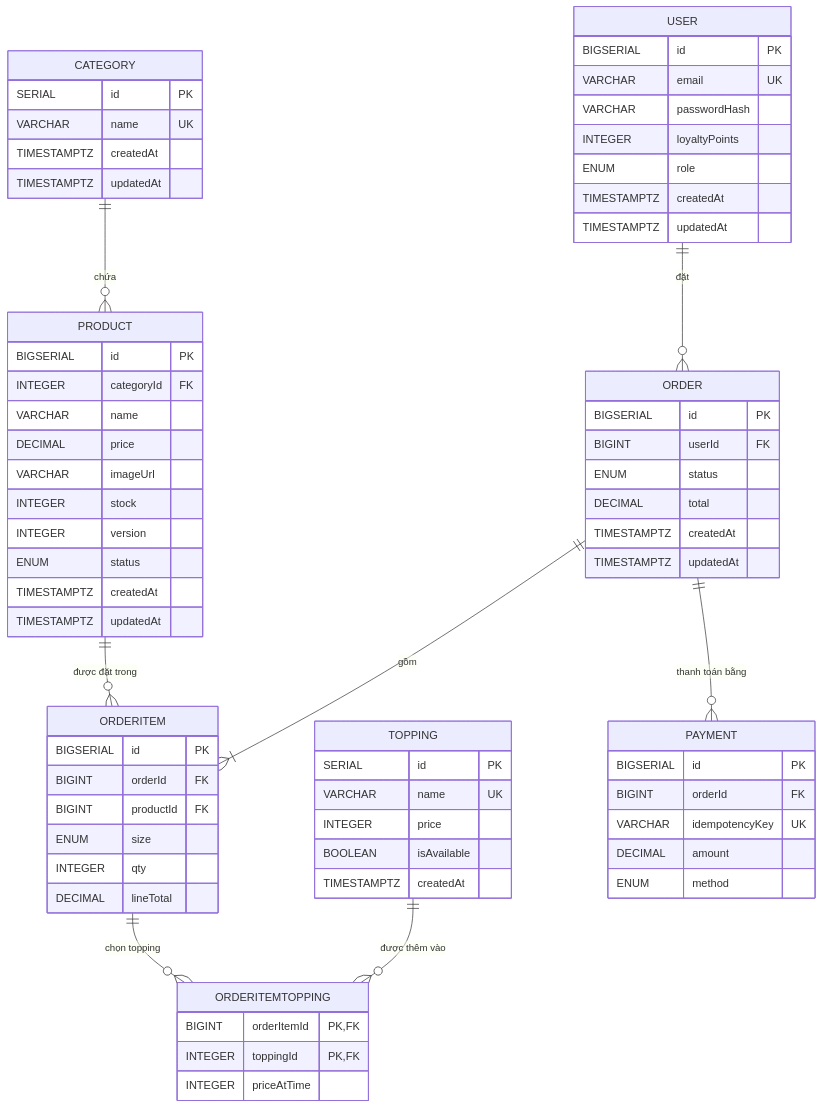
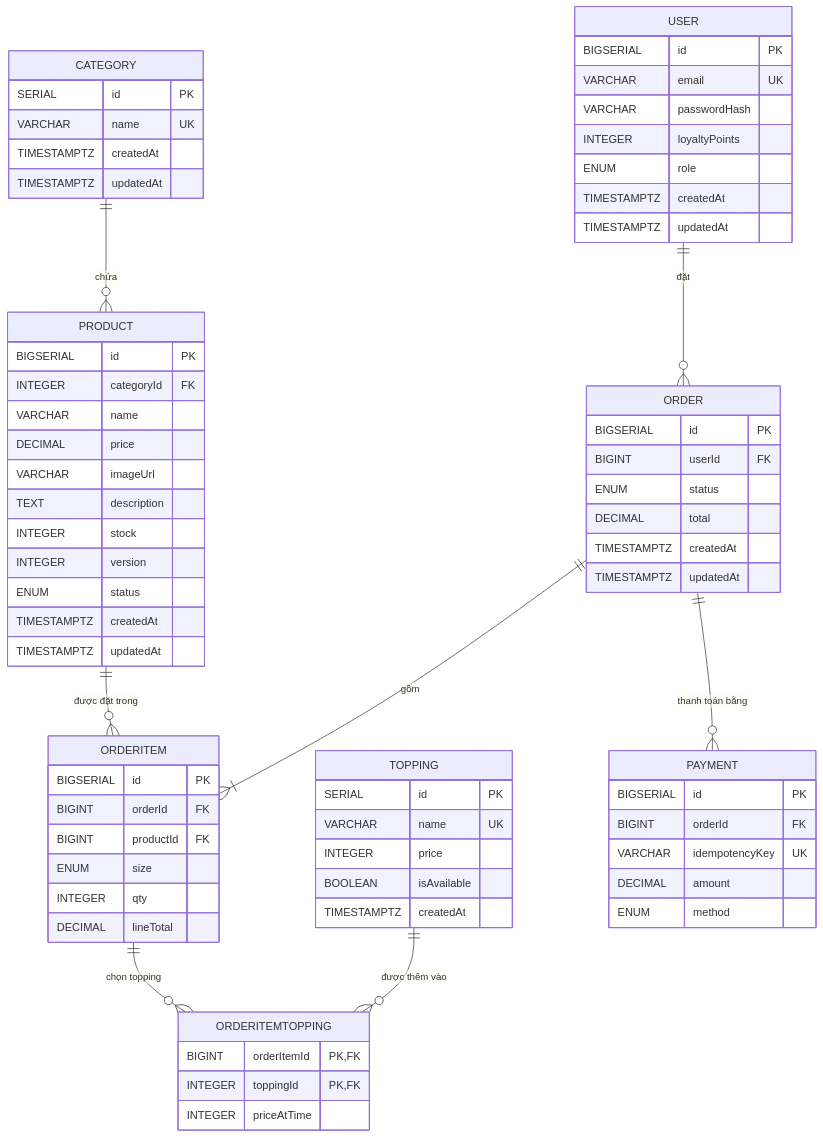
Before and after one commit to chihai9-dev/Assignment: the second of 3 diagrams in README.md, drawn with Mermaid. The commit also changed other lines of this file and 4 other files, not shown here.

````diff
--- a/README.md
+++ b/README.md
@@ -94,80 +94,81 @@
 ```mermaid
 erDiagram
     CATEGORY ||--o{ PRODUCT : "chứa"
     USER ||--o{ ORDER : "đặt"
     ORDER ||--|{ ORDERITEM : "gồm"
     PRODUCT ||--o{ ORDERITEM : "được đặt trong"
     TOPPING ||--o{ ORDERITEMTOPPING : "được thêm vào"
     ORDERITEM ||--o{ ORDERITEMTOPPING : "chọn topping"
     ORDER ||--o{ PAYMENT : "thanh toán bằng"
 
     CATEGORY {
         SERIAL id PK
         VARCHAR name UK
         TIMESTAMPTZ createdAt
         TIMESTAMPTZ updatedAt
     }
 
     USER {
         BIGSERIAL id PK
         VARCHAR email UK
         VARCHAR passwordHash
         INTEGER loyaltyPoints
         ENUM role
         TIMESTAMPTZ createdAt
         TIMESTAMPTZ updatedAt
     }
 
     PRODUCT {
         BIGSERIAL id PK
         INTEGER categoryId FK
         VARCHAR name
         DECIMAL price
         VARCHAR imageUrl
+        TEXT description
         INTEGER stock
         INTEGER version
         ENUM status
         TIMESTAMPTZ createdAt
         TIMESTAMPTZ updatedAt
     }
 
     TOPPING {
         SERIAL id PK
         VARCHAR name UK
         INTEGER price
         BOOLEAN isAvailable
         TIMESTAMPTZ createdAt
     }
 
     ORDER {
         BIGSERIAL id PK
         BIGINT userId FK
         ENUM status
         DECIMAL total
         TIMESTAMPTZ createdAt
         TIMESTAMPTZ updatedAt
     }
 
     ORDERITEM {
         BIGSERIAL id PK
         BIGINT orderId FK
         BIGINT productId FK
         ENUM size
         INTEGER qty
         DECIMAL lineTotal
     }
 
     ORDERITEMTOPPING {
         BIGINT orderItemId PK,FK
         INTEGER toppingId PK,FK
         INTEGER priceAtTime
     }
 
     PAYMENT {
         BIGSERIAL id PK
         BIGINT orderId FK
         VARCHAR idempotencyKey UK
         DECIMAL amount
         ENUM method
     }
 ```
````
